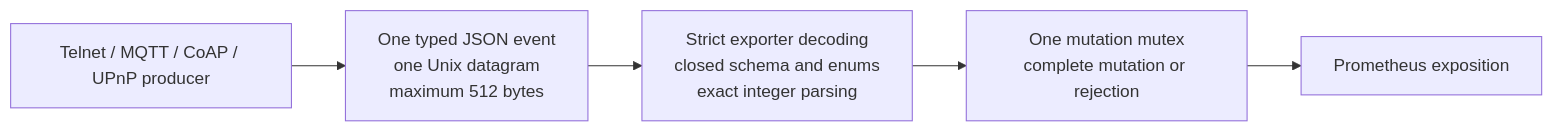
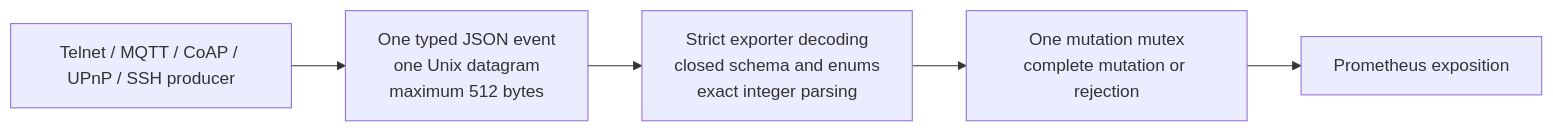
One commit to GitHub-MasterX/EventHorizon changed the diagram in METRICS.md. Above: the diagram before and after it, drawn with Mermaid. The commit also changed other lines of this file and 1 other file, not shown here.

````diff
--- a/METRICS.md
+++ b/METRICS.md
@@ -23,10 +35,10 @@
 ```mermaid
 flowchart LR
-    P["Telnet / MQTT / CoAP / UPnP producer"]
+    P["Telnet / MQTT / CoAP / UPnP / SSH producer"]
     E["One typed JSON event<br/>one Unix datagram<br/>maximum 512 bytes"]
     V["Strict exporter decoding<br/>closed schema and enums<br/>exact integer parsing"]
     M["One mutation mutex<br/>complete mutation or rejection"]
     X["Prometheus exposition"]
 
     P --> E --> V --> M --> X
 ```
````
